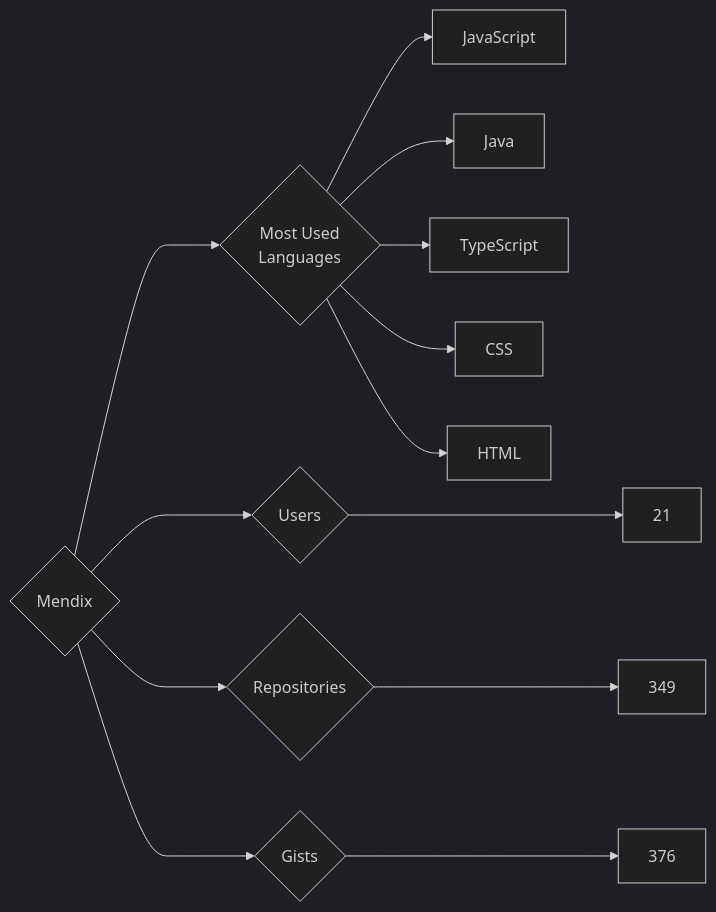
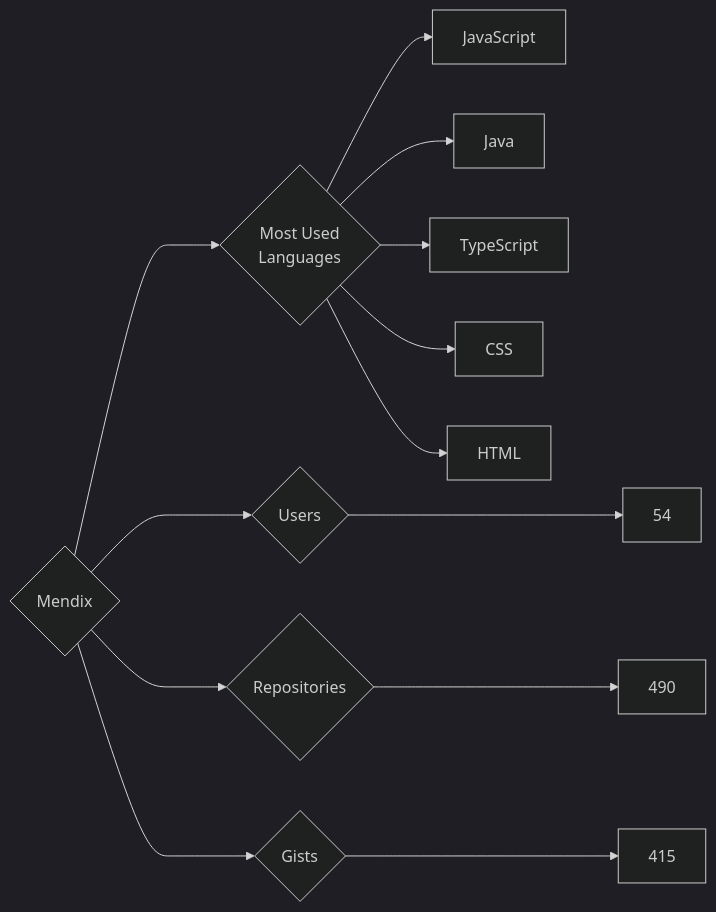
One commit to trickest/insiders changed the diagram in targets/Mendix/README.md. Above: the diagram before and after it, drawn with Mermaid (dark theme). The commit also changed 787 other files, not shown here.

````diff
--- a/targets/Mendix/README.md
+++ b/targets/Mendix/README.md
@@ -3,13 +3,13 @@
 ```mermaid
 graph LR
 COMPANY_NAME{Mendix}
-COMPANY_NAME ---> U{Users} ---> UN[21]
-COMPANY_NAME ---> R{Repositories} ---> RN[349]
-COMPANY_NAME ---> G{Gists} ---> GN[376]
+COMPANY_NAME ---> U{Users} ---> UN[54]
+COMPANY_NAME ---> R{Repositories} ---> RN[490]
+COMPANY_NAME ---> G{Gists} ---> GN[415]
 COMPANY_NAME ---> ML{Most Used<br>Languages}
 ML --> JavaScript[JavaScript]
 ML --> Java[Java]
 ML --> TypeScript[TypeScript]
 ML --> CSS[CSS]
 ML --> HTML[HTML]
 ```
````
